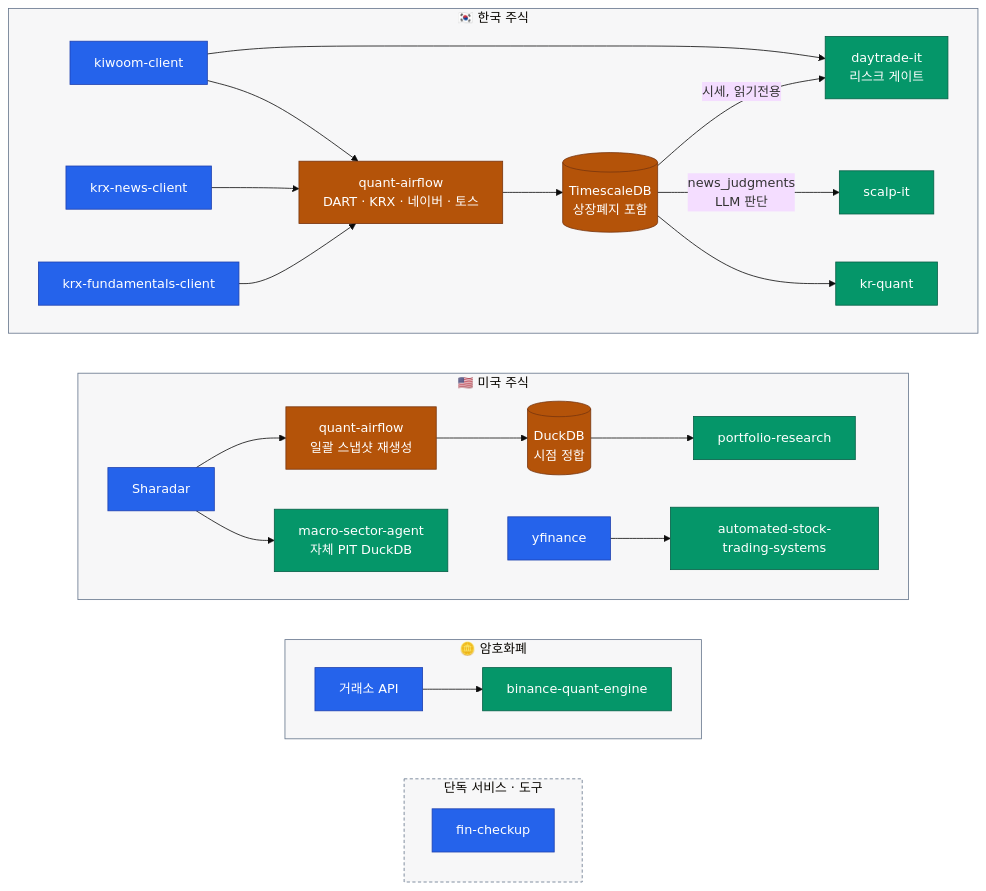
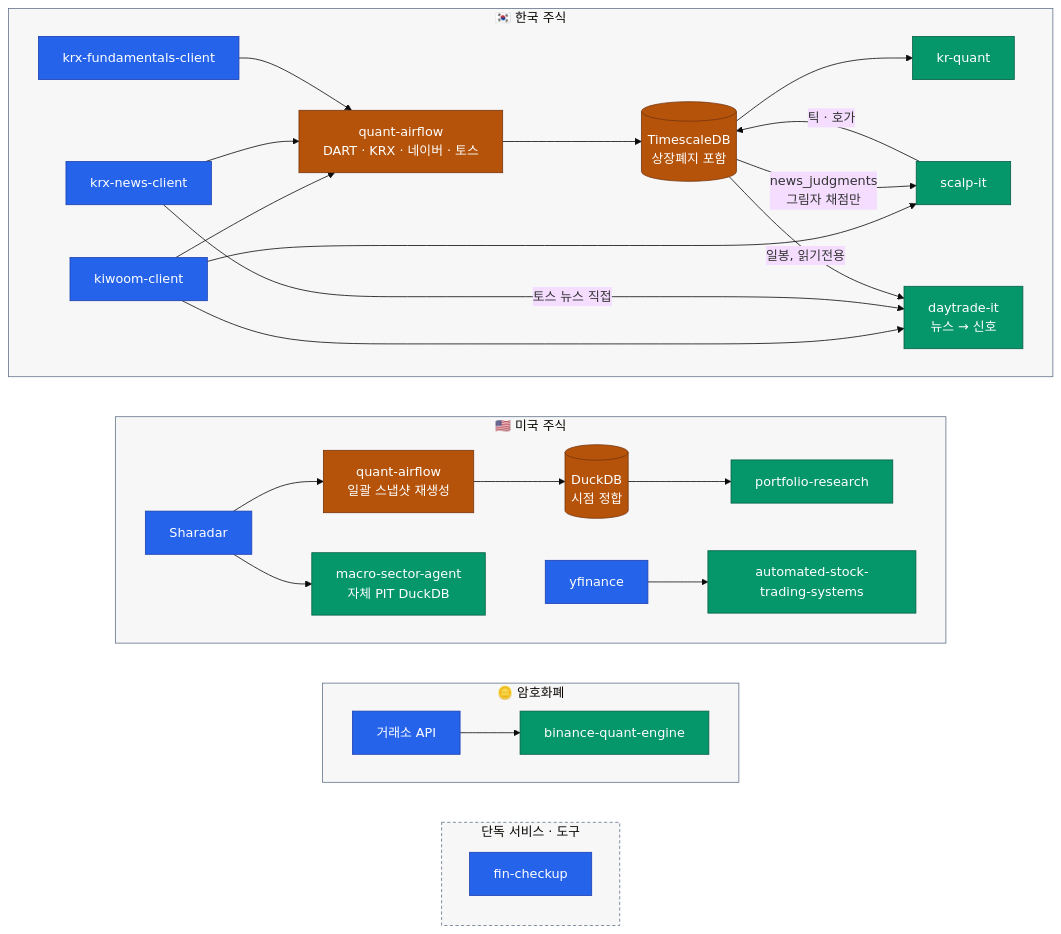
The first of 3 diagrams in README.ko.md (younghwan91/younghwan91), drawn with Mermaid (base theme) before and after one commit. The commit also changed other lines of this file and 1 other file, not shown here.

First line of the commit message:
docs(readme): daytrade-it 라이브 합류 반영 — 호스트·DB·계좌 관계를 다시 그린다

````diff
--- a/README.ko.md
+++ b/README.ko.md
@@ -22,45 +22,48 @@
 ```mermaid
 flowchart TB
     subgraph KR ["🇰🇷 한국 주식"]
         direction LR
         K["kiwoom-client"] --> AF["quant-airflow<br/>DART · KRX · 네이버 · 토스"] --> DB[("TimescaleDB<br/>상장폐지 포함")] --> Q["kr-quant"]
         NW["krx-news-client"] --> AF
         F["krx-fundamentals-client"] --> AF
-        DB -- "news_judgments<br/>LLM 판단" --> SC["scalp-it"]
-        DB -- "시세, 읽기전용" --> KSIG["daytrade-it<br/>리스크 게이트"]
-        K --> KSIG
+        K --> SC["scalp-it"]
+        SC -- "틱 · 호가" --> DB
+        DB -- "news_judgments<br/>그림자 채점만" --> SC
+        K --> KSIG["daytrade-it<br/>뉴스 → 신호"]
+        NW -- "토스 뉴스 직접" --> KSIG
+        DB -- "일봉, 읽기전용" --> KSIG
     end
 
     subgraph US ["🇺🇸 미국 주식"]
         direction LR
         SH["Sharadar"] --> AFU["quant-airflow<br/>일괄 스냅샷 재생성"] --> DD[("DuckDB<br/>시점 정합")] --> O["portfolio-research"]
         SH --> MS["macro-sector-agent<br/>자체 PIT DuckDB"]
         YF["yfinance"] --> AT["automated-stock-trading-systems"]
     end
 
     subgraph CX ["🪙 암호화폐"]
         direction LR
         EX["거래소 API"] --> CR["binance-quant-engine"]
     end
 
     subgraph SVC ["단독 서비스 · 도구"]
         direction TB
         FC["fin-checkup"]
     end
 
     %% 세로 정렬용 — `~~~` 는 그 자체로 보이지 않는 링크다(linkStyle 불필요).
     KR ~~~ US ~~~ CX ~~~ SVC
 
     classDef source fill:#2563EB,stroke:#1E40AF,color:#FFFFFF
     classDef move   fill:#B45309,stroke:#78350F,color:#FFFFFF
     classDef out    fill:#059669,stroke:#065F46,color:#FFFFFF
 
     class K,SH,YF,EX,F,NW,FC source
     class AF,AFU,DB,DD move
     class Q,O,AT,CR,SC,MS,KSIG out
 
     style KR  fill:#0F172A08,stroke:#64748B
     style US  fill:#0F172A08,stroke:#64748B
     style CX  fill:#0F172A08,stroke:#64748B
     style SVC fill:#0F172A08,stroke:#64748B,stroke-dasharray:4 3
 ```
````
